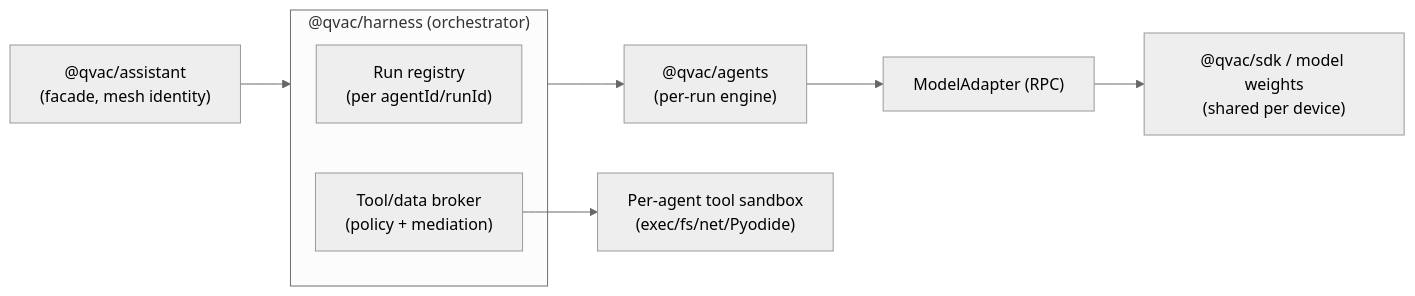
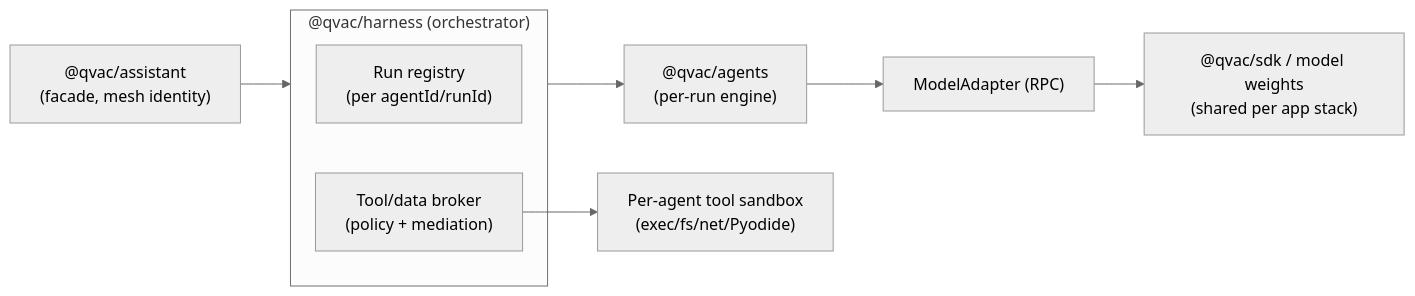
One commit to tetherto/qvac changed the first of 3 diagrams in pocs/composable-agent-runtime/docs/arch/adrs/0002-multi-agent-orchestration-and-isolation.md. Above: the diagram before and after it, drawn with Mermaid (neutral theme). The commit also changed other lines of this file and 3 other files, not shown here.

````diff
--- a/pocs/composable-agent-runtime/docs/arch/adrs/0002-multi-agent-orchestration-and-isolation.md
+++ b/pocs/composable-agent-runtime/docs/arch/adrs/0002-multi-agent-orchestration-and-isolation.md
@@ -30,12 +30,12 @@
 ```mermaid
 flowchart LR
   assistant["@qvac/assistant\n(facade, mesh identity)"] --> harness
   subgraph harness["@qvac/harness (orchestrator)"]
     registry["Run registry\n(per agentId/runId)"]
     broker["Tool/data broker\n(policy + mediation)"]
   end
   harness --> agents["@qvac/agents\n(per-run engine)"]
   agents --> sdkAdapter["ModelAdapter (RPC)"]
-  sdkAdapter --> sdk["@qvac/sdk / model weights\n(shared per device)"]
+  sdkAdapter --> sdk["@qvac/sdk / model weights\n(shared per app stack)"]
   broker --> sandbox["Per-agent tool sandbox\n(exec/fs/net/Pyodide)"]
 ```
````
